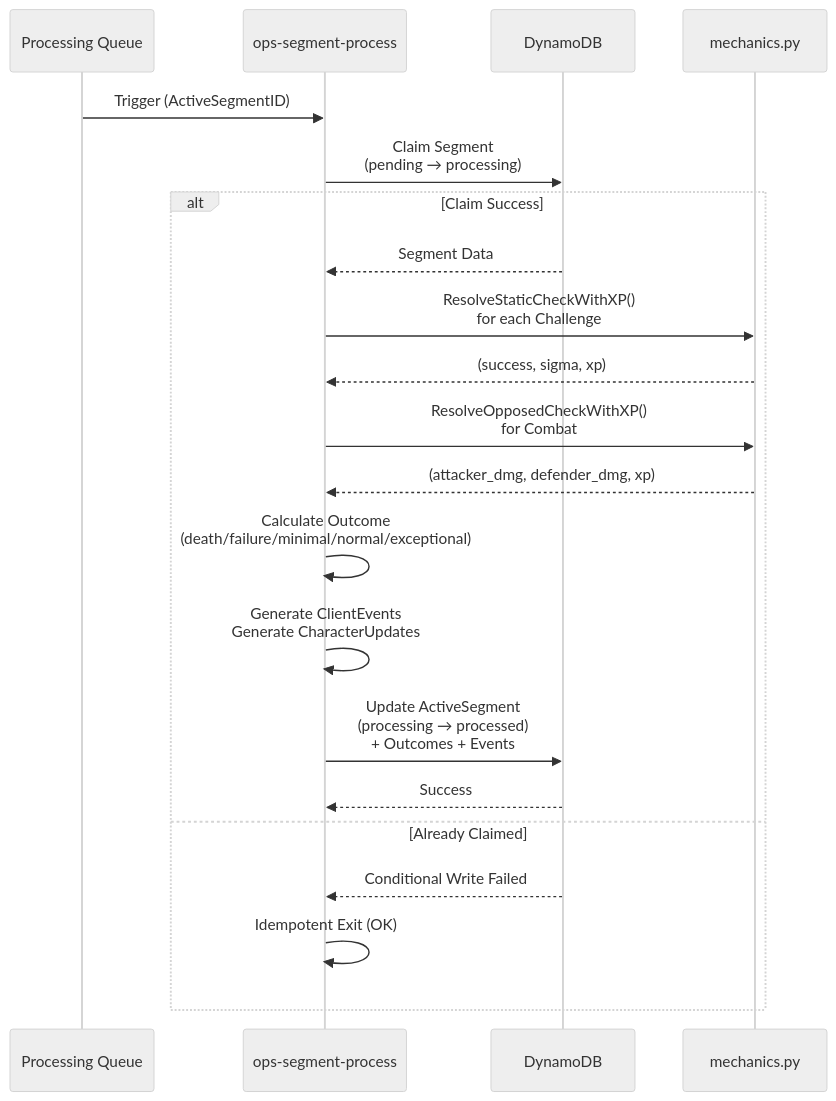
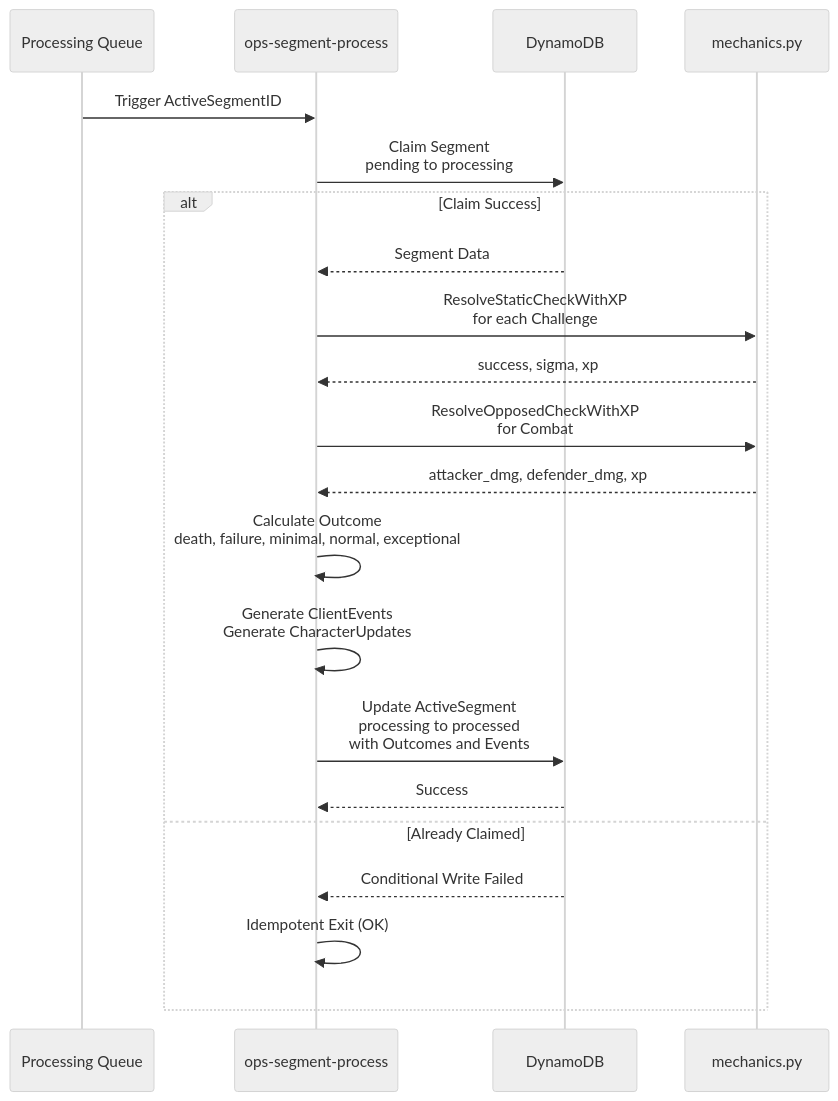
Before and after one commit to darkrelics/eidolon-engine: the eighth of 14 diagrams in documentation/incremental-architecture-diagrams.md, drawn with Mermaid (neutral theme). The commit also changed other lines of this file, not shown here.

````diff
--- a/documentation/incremental-architecture-diagrams.md
+++ b/documentation/incremental-architecture-diagrams.md
@@ -306,31 +322,31 @@
 ```mermaid
 sequenceDiagram
     participant SQS as Processing Queue
     participant Process as ops-segment-process
     participant DDB as DynamoDB
     participant Mech as mechanics.py
 
-    SQS->>Process: Trigger (ActiveSegmentID)
+    SQS->>Process: Trigger ActiveSegmentID
 
-    Process->>DDB: Claim Segment<br/>(pending → processing)
+    Process->>DDB: Claim Segment<br/>pending to processing
 
     alt Claim Success
         DDB-->>Process: Segment Data
 
-        Process->>Mech: ResolveStaticCheckWithXP()<br/>for each Challenge
-        Mech-->>Process: (success, sigma, xp)
+        Process->>Mech: ResolveStaticCheckWithXP<br/>for each Challenge
+        Mech-->>Process: success, sigma, xp
 
-        Process->>Mech: ResolveOpposedCheckWithXP()<br/>for Combat
-        Mech-->>Process: (attacker_dmg, defender_dmg, xp)
+        Process->>Mech: ResolveOpposedCheckWithXP<br/>for Combat
+        Mech-->>Process: attacker_dmg, defender_dmg, xp
 
-        Process->>Process: Calculate Outcome<br/>(death/failure/minimal/normal/exceptional)
+        Process->>Process: Calculate Outcome<br/>death, failure, minimal, normal, exceptional
 
         Process->>Process: Generate ClientEvents<br/>Generate CharacterUpdates
 
-        Process->>DDB: Update ActiveSegment<br/>(processing → processed)<br/>+ Outcomes + Events
+        Process->>DDB: Update ActiveSegment<br/>processing to processed<br/>with Outcomes and Events
         DDB-->>Process: Success
     else Already Claimed
         DDB-->>Process: Conditional Write Failed
         Process->>Process: Idempotent Exit (OK)
     end
 ```
````
